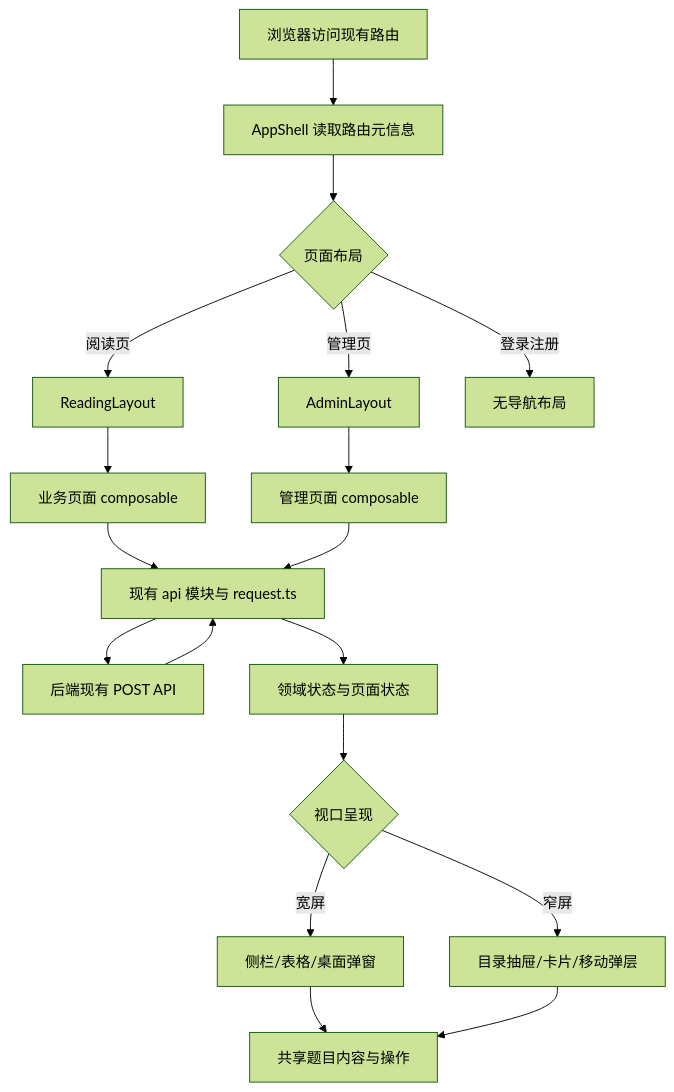
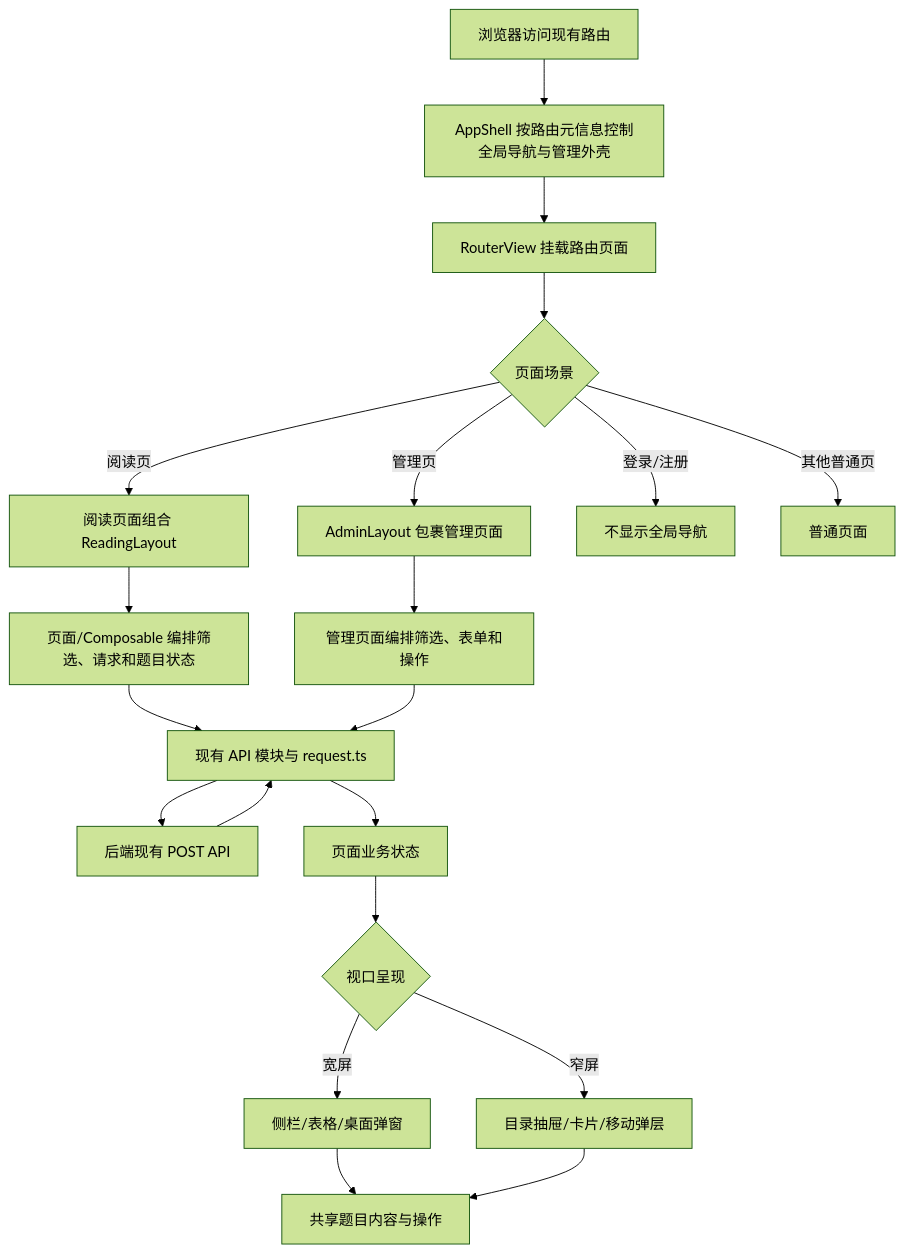
Before and after one commit to ddll8023/408web: the diagram in doc/模块/前端多端呈现架构模块开发设计.md, drawn with Mermaid (forest theme). The commit also changed other lines of this file and 2 other files, not shown here.

````diff
--- a/doc/模块/前端多端呈现架构模块开发设计.md
+++ b/doc/模块/前端多端呈现架构模块开发设计.md
@@ -204,20 +210,22 @@
 ```mermaid
 flowchart TD
-    A[浏览器访问现有路由] --> B[AppShell 读取路由元信息]
-    B --> C{页面布局}
-    C -->|阅读页| D[ReadingLayout]
-    C -->|管理页| E[AdminLayout]
-    C -->|登录注册| F[无导航布局]
-    D --> G[业务页面 composable]
-    E --> G2[管理页面 composable]
-    G --> H[现有 api 模块与 request.ts]
-    G2 --> H
-    H --> I[后端现有 POST API]
-    I --> H
-    H --> J[领域状态与页面状态]
-    J --> K{视口呈现}
-    K -->|宽屏| L[侧栏/表格/桌面弹窗]
-    K -->|窄屏| M[目录抽屉/卡片/移动弹层]
-    L --> N[共享题目内容与操作]
-    M --> N
+    A[浏览器访问现有路由] --> B[AppShell 按路由元信息控制全局导航与管理外壳]
+    B --> C[RouterView 挂载路由页面]
+    C --> D{页面场景}
+    D -->|阅读页| E[阅读页面组合 ReadingLayout]
+    D -->|管理页| F[AdminLayout 包裹管理页面]
+    D -->|登录/注册| G[不显示全局导航]
+    D -->|其他普通页| H[普通页面]
+    E --> I[页面/Composable 编排筛选、请求和题目状态]
+    F --> J[管理页面编排筛选、表单和操作]
+    I --> K[现有 API 模块与 request.ts]
+    J --> K
+    K --> L[后端现有 POST API]
+    L --> K
+    K --> M[页面业务状态]
+    M --> N{视口呈现}
+    N -->|宽屏| O[侧栏/表格/桌面弹窗]
+    N -->|窄屏| P[目录抽屉/卡片/移动弹层]
+    O --> Q[共享题目内容与操作]
+    P --> Q
 ```
````
